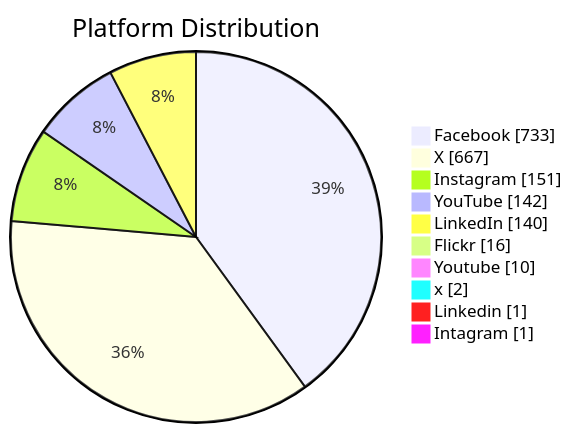
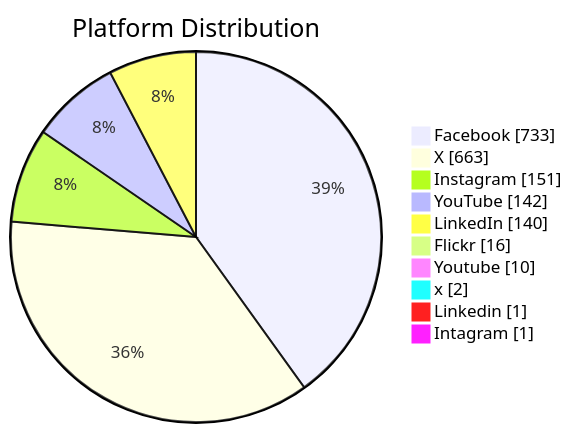
Before and after one commit to PatLittle/GC-Socials: the second of 6 diagrams in README.md, drawn with Mermaid. The commit also changed other lines of this file, not shown here.

Commit message:
Update README with Platform Distribution pie chart

````diff
--- a/README.md
+++ b/README.md
@@ -63,13 +60,13 @@
 ```mermaid
 pie showData title Platform Distribution
     "Facebook": 733
-    "X": 667
+    "X": 663
     "Instagram": 151
     "YouTube": 142
     "LinkedIn": 140
     "Flickr": 16
     "Youtube": 10
     "x": 2
     "Linkedin": 1
     "Intagram": 1
 ```
````
